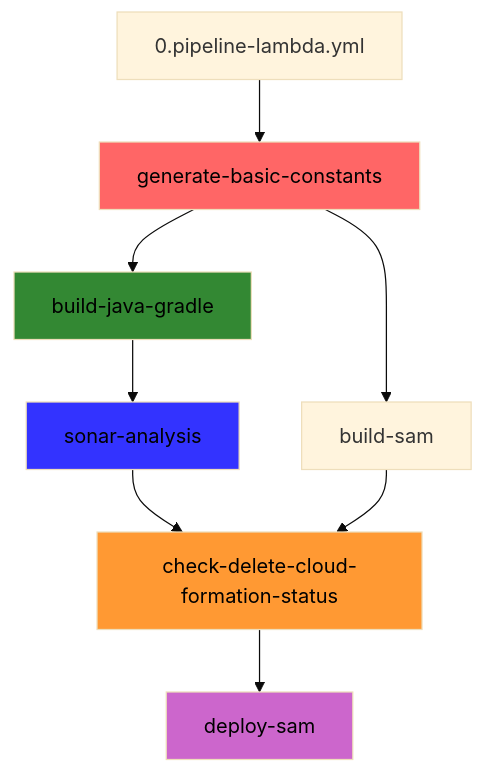
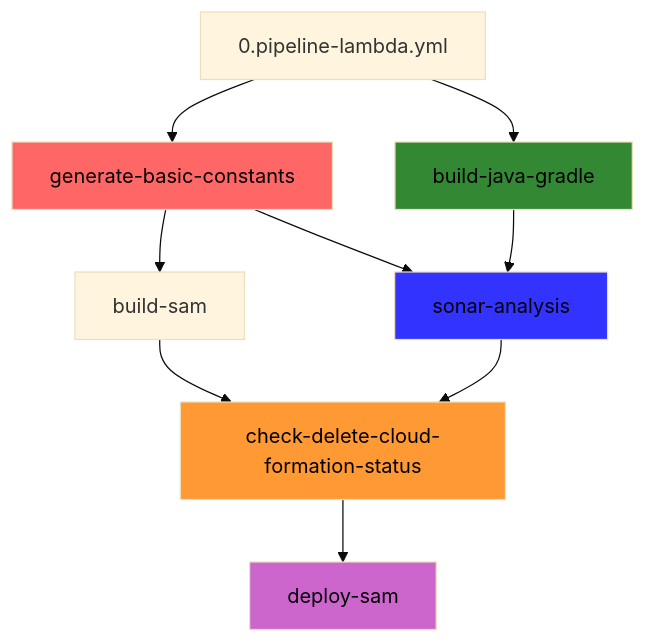
The third of 4 diagrams in README.md (devsuperior/dsc-shared-pipelines), drawn with Mermaid (base theme) before and after one commit.

Commit message:
docs: corrige diagrama lambda

````diff
--- a/README.md
+++ b/README.md
@@ -83,18 +83,19 @@
 ```mermaid
 graph TD
     LAMBDA[0.pipeline-lambda.yml] --> A2[generate-basic-constants]
-    A2 --> B2[build-java-gradle]
+    LAMBDA --> B2[build-java-gradle]    
     A2 --> C2[build-sam]
+    A2 --> D2
     B2 --> D2[sonar-analysis]
     D2 --> F2[check-delete-cloud-formation-status]
     C2 --> F2
     F2 --> G2[deploy-sam]
 
     %% Estilo
     style A2 fill:#ff6666, color:black
     style B2 fill:#338833, color:black
     style D2 fill:#3333ff, color:black
     style F2 fill:#ff9933, color:black
     style G2 fill:#cc66cc, color:black
 
 ```
````
